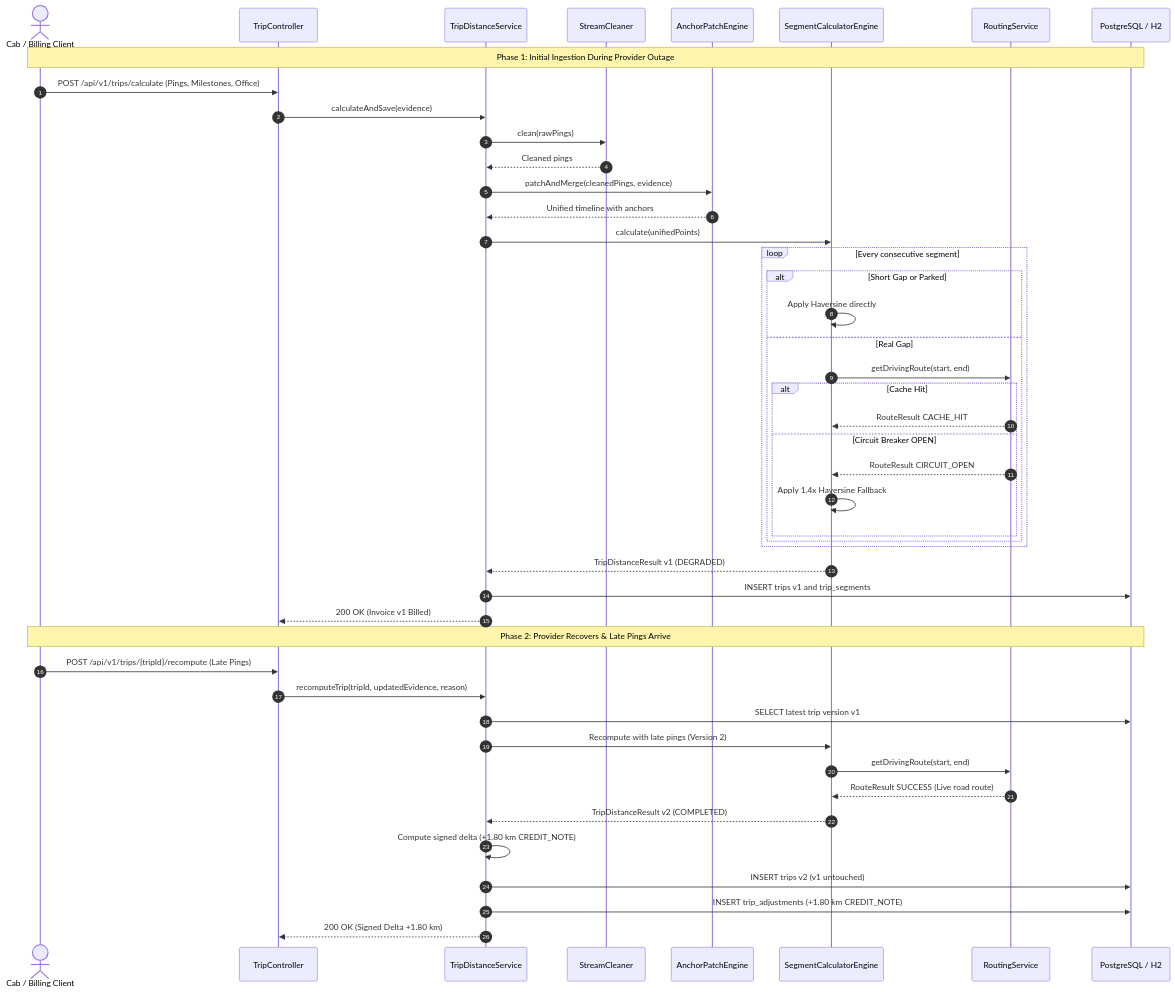
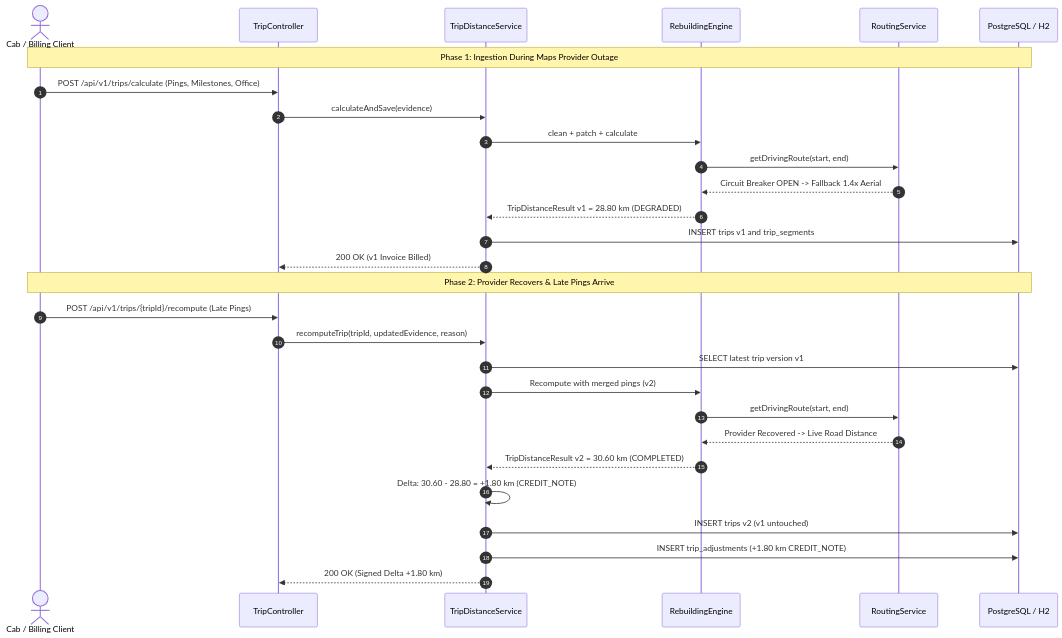
The second of 3 diagrams in DESIGN.md (kamran-asif/GPS-Gap-Backfill-Billable-Distance-Reconstruction), drawn with Mermaid before and after one commit. The commit also changed other lines of this file, not shown here.

````diff
--- a/DESIGN.md
+++ b/DESIGN.md
@@ -253,53 +77,33 @@
 ```mermaid
 sequenceDiagram
     autonumber
     actor Vendor as Cab / Billing Client
     participant API as TripController
     participant Svc as TripDistanceService
-    participant Clean as StreamCleaner
-    participant Anchor as AnchorPatchEngine
-    participant Calc as SegmentCalculatorEngine
+    participant Engine as RebuildingEngine
     participant Route as RoutingService
     participant DB as PostgreSQL / H2
 
-    Note over Vendor,DB: Phase 1: Initial Ingestion During Provider Outage
+    Note over Vendor,DB: Phase 1: Ingestion During Maps Provider Outage
     Vendor->>API: POST /api/v1/trips/calculate (Pings, Milestones, Office)
     API->>Svc: calculateAndSave(evidence)
-    Svc->>Clean: clean(rawPings)
-    Clean-->>Svc: Cleaned pings
-    Svc->>Anchor: patchAndMerge(cleanedPings, evidence)
-    Anchor-->>Svc: Unified timeline with anchors
-    Svc->>Calc: calculate(unifiedPoints)
-
-    loop Every consecutive segment
-        alt Short Gap or Parked
-            Calc->>Calc: Apply Haversine directly
-        else Real Gap
-            Calc->>Route: getDrivingRoute(start, end)
-            alt Cache Hit
-                Route-->>Calc: RouteResult CACHE_HIT
-            else Circuit Breaker OPEN
-                Route-->>Calc: RouteResult CIRCUIT_OPEN
-                Calc->>Calc: Apply 1.4x Haversine Fallback
-            end
-        end
-    end
-
-    Calc-->>Svc: TripDistanceResult v1 (DEGRADED)
+    Svc->>Engine: clean + patch + calculate
+    Engine->>Route: getDrivingRoute(start, end)
+    Route-->>Engine: Circuit Breaker OPEN -> Fallback 1.4x Aerial
+    Engine-->>Svc: TripDistanceResult v1 = 28.80 km (DEGRADED)
     Svc->>DB: INSERT trips v1 and trip_segments
-    Svc-->>API: 200 OK (Invoice v1 Billed)
+    Svc-->>API: 200 OK (v1 Invoice Billed)
 
     Note over Vendor,DB: Phase 2: Provider Recovers & Late Pings Arrive
     Vendor->>API: POST /api/v1/trips/{tripId}/recompute (Late Pings)
     API->>Svc: recomputeTrip(tripId, updatedEvidence, reason)
     Svc->>DB: SELECT latest trip version v1
-    Svc->>Calc: Recompute with late pings (Version 2)
-    Calc->>Route: getDrivingRoute(start, end)
-    Route-->>Calc: RouteResult SUCCESS (Live road route)
-    Calc-->>Svc: TripDistanceResult v2 (COMPLETED)
-
-    Svc->>Svc: Compute signed delta (+1.80 km CREDIT_NOTE)
+    Svc->>Engine: Recompute with merged pings (v2)
+    Engine->>Route: getDrivingRoute(start, end)
+    Route-->>Engine: Provider Recovered -> Live Road Distance
+    Engine-->>Svc: TripDistanceResult v2 = 30.60 km (COMPLETED)
+    Svc->>Svc: Delta: 30.60 - 28.80 = +1.80 km (CREDIT_NOTE)
     Svc->>DB: INSERT trips v2 (v1 untouched)
     Svc->>DB: INSERT trip_adjustments (+1.80 km CREDIT_NOTE)
     Svc-->>API: 200 OK (Signed Delta +1.80 km)
 ```
````
